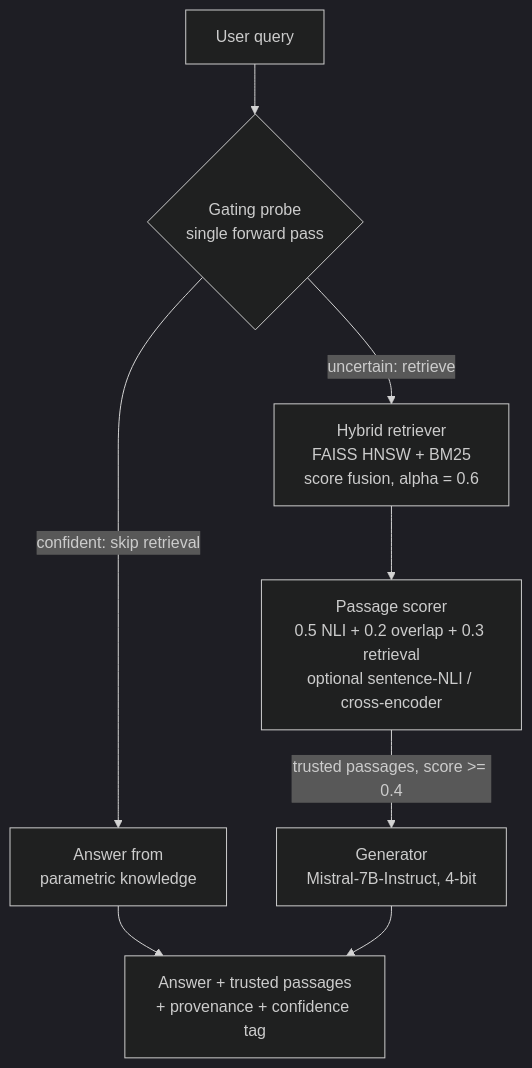
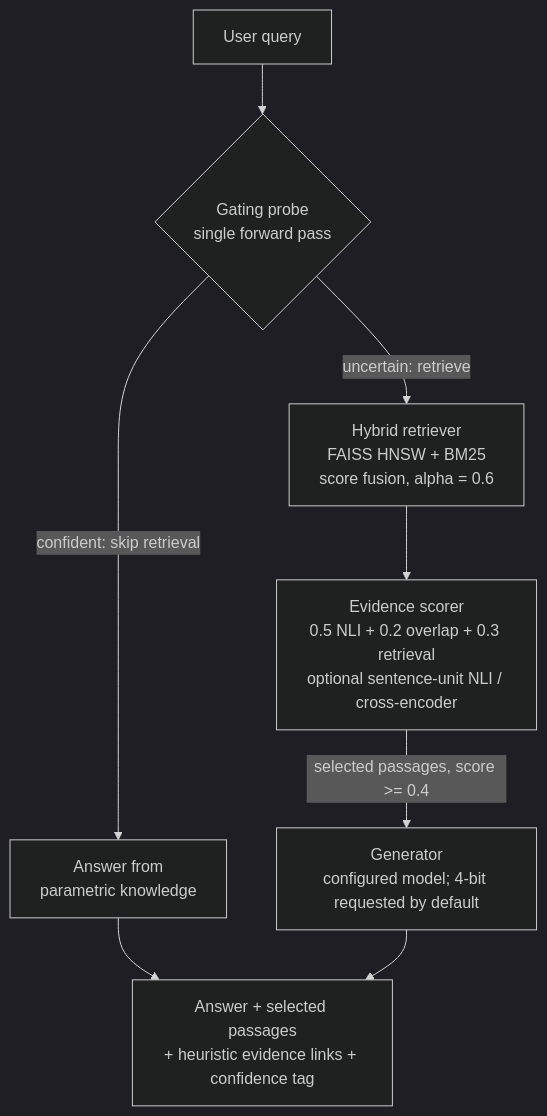
Before and after one commit to pes1ug23am910/Factuality-First-RAG: the diagram in README.md, drawn with Mermaid (dark theme). The commit also changed other lines of this file and 97 other files, not shown here.

````diff
--- a/README.md
+++ b/README.md
@@ -37,10 +37,10 @@
 ```mermaid
 flowchart TD
     Q["User query"] --> G{"Gating probe<br/>single forward pass"}
     G -->|"confident: skip retrieval"| P["Answer from<br/>parametric knowledge"]
     G -->|"uncertain: retrieve"| R["Hybrid retriever<br/>FAISS HNSW + BM25<br/>score fusion, alpha = 0.6"]
-    R --> S["Passage scorer<br/>0.5 NLI + 0.2 overlap + 0.3 retrieval<br/>optional sentence-NLI / cross-encoder"]
-    S -->|"trusted passages, score >= 0.4"| GEN["Generator<br/>Mistral-7B-Instruct, 4-bit"]
-    P --> OUT["Answer + trusted passages<br/>+ provenance + confidence tag"]
+    R --> S["Evidence scorer<br/>0.5 NLI + 0.2 overlap + 0.3 retrieval<br/>optional sentence-unit NLI / cross-encoder"]
+    S -->|"selected passages, score >= 0.4"| GEN["Generator<br/>configured model; 4-bit requested by default"]
+    P --> OUT["Answer + selected passages<br/>+ heuristic evidence links + confidence tag"]
     GEN --> OUT
 ```
````
